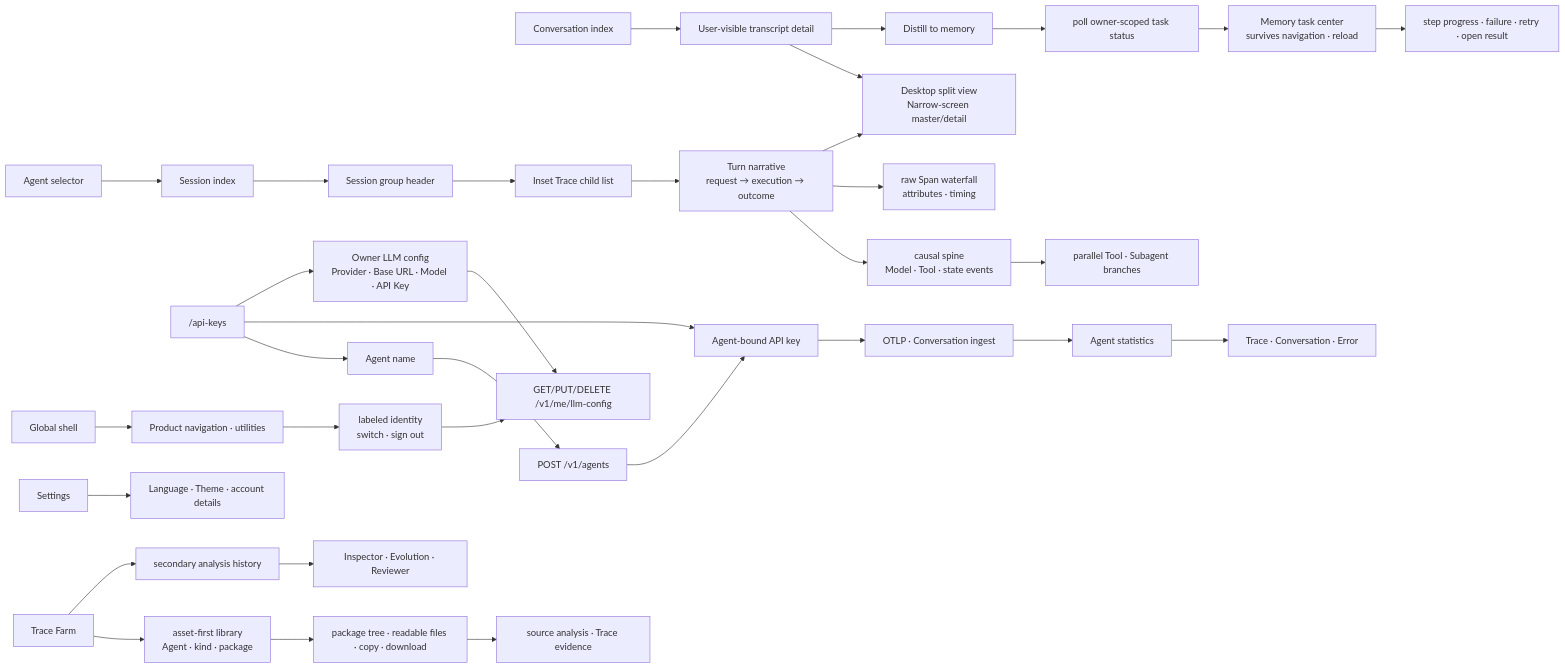
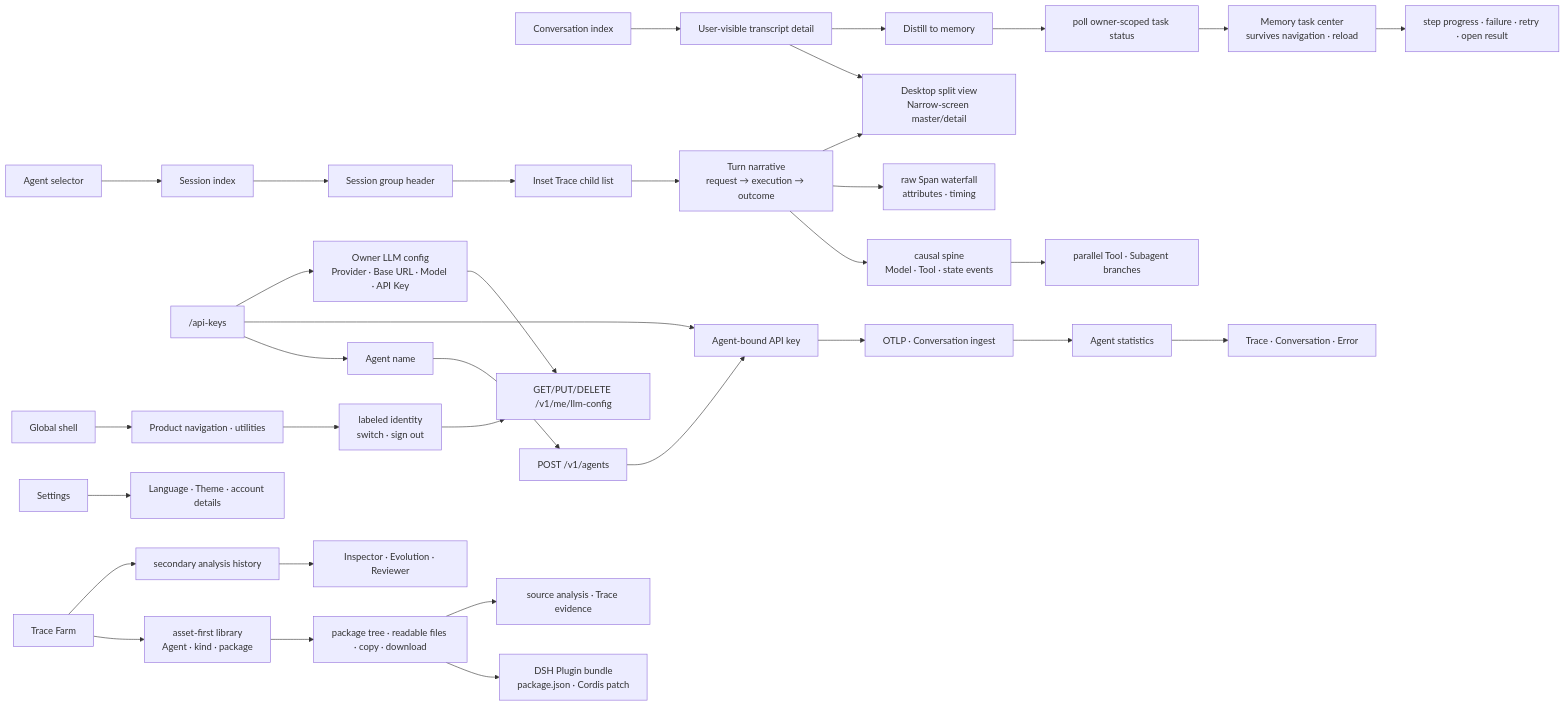
The second of 2 diagrams in catena-web/SPEC.md (fightheyyy/CATENA), drawn with Mermaid before and after one commit. The commit also changed other lines of this file and 17 other files, not shown here.

````diff
--- a/catena-web/SPEC.md
+++ b/catena-web/SPEC.md
@@ -37,35 +37,36 @@
 ```mermaid
 flowchart LR
     Conversation["Conversation index"] --> ConversationDetail["User-visible transcript detail"]
     AgentTrace["Agent selector"] --> Session["Session index"]
     Session --> SessionGroup["Session group header"]
     SessionGroup --> Trace["Inset Trace child list"]
     Trace --> TraceDetail["Turn narrative<br/>request → execution → outcome"]
     TraceDetail --> CausalSpine["causal spine<br/>Model · Tool · state events"]
     CausalSpine --> Branches["parallel Tool · Subagent branches"]
     TraceDetail --> Diagnostics["raw Span waterfall<br/>attributes · timing"]
     ConversationDetail --> Responsive["Desktop split view<br/>Narrow-screen master/detail"]
     ConversationDetail --> Submit["Distill to memory"]
     Submit --> Poll["poll owner-scoped task status"]
     Poll --> TaskCenter["Memory task center<br/>survives navigation · reload"]
     TaskCenter --> Progress["step progress · failure · retry · open result"]
     TraceDetail --> Responsive
     Stats["Agent statistics"] --> Evidence["Trace · Conversation · Error"]
     Keys["/api-keys"] --> Name["Agent name"]
     Name --> API["POST /v1/agents"]
     API --> Credential["Agent-bound API key"]
     Keys --> Credential
     Keys --> ModelConfig["Owner LLM config<br/>Provider · Base URL · Model · API Key"]
     ModelConfig --> Go["GET/PUT/DELETE /v1/me/llm-config"]
     Credential --> Ingest["OTLP · Conversation ingest"]
     Ingest --> Stats
     Settings["Settings"] --> Preferences["Language · Theme · account details"]
     Shell["Global shell"] --> Sidebar["Product navigation · utilities"]
     Sidebar --> AccountMenu["labeled identity<br/>switch · sign out"]
     AccountMenu --> Go
     Farm["Trace Farm"] --> AssetLibrary["asset-first library<br/>Agent · kind · package"]
     AssetLibrary --> AssetDocument["package tree · readable files · copy · download"]
+    AssetDocument --> DSH["DSH Plugin bundle<br/>package.json · Cordis patch"]
     AssetDocument --> Provenance["source analysis · Trace evidence"]
     Farm --> AnalysisHistory["secondary analysis history"]
     AnalysisHistory --> JobProgress["Inspector · Evolution · Reviewer"]
 ```
````
